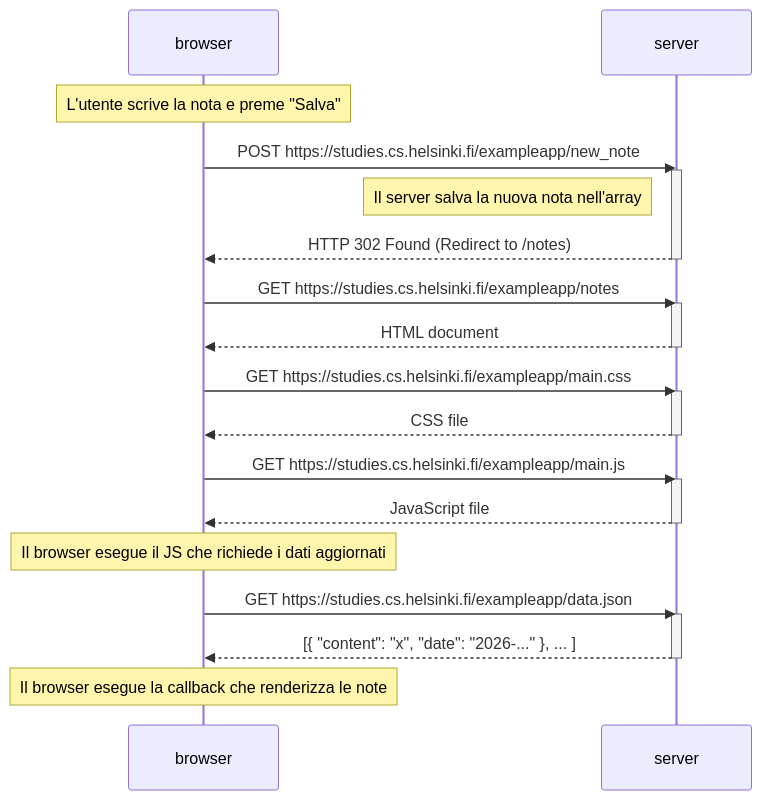
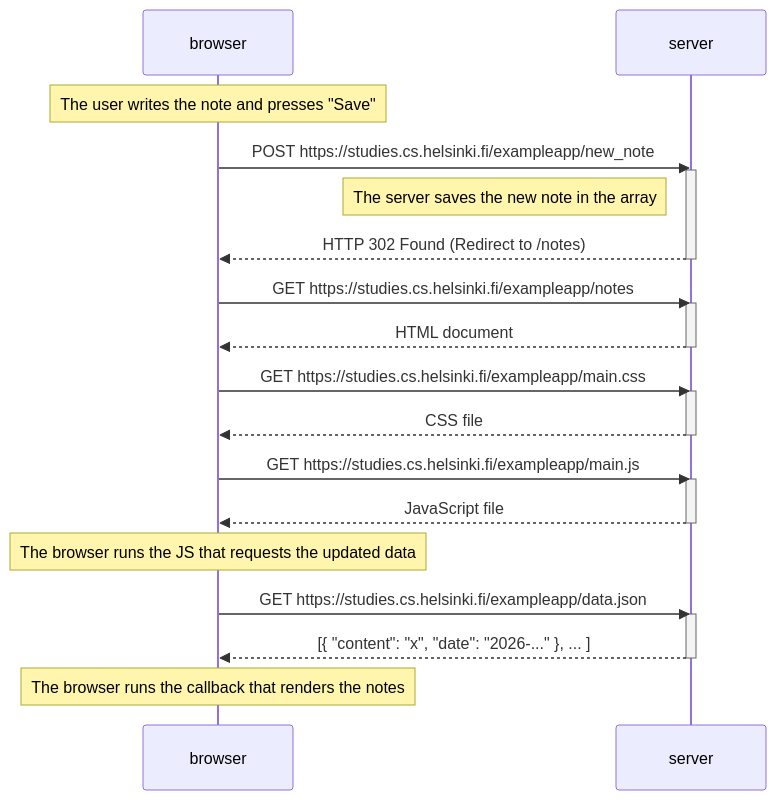
Before and after one commit to p3pp304/fso-course-helsinki-university: the diagram in part_0/0.4_notediagram/notediagram.md, drawn with Mermaid.

Commit message:
Translate notes in notediagram.md to English

````diff
--- a/part_0/0.4_notediagram/notediagram.md
+++ b/part_0/0.4_notediagram/notediagram.md
@@ -1,37 +1,37 @@
 ```mermaid
 sequenceDiagram
     participant browser
     participant server
 
-    Note over browser: L'utente scrive la nota e preme "Salva"
+    Note over browser: The user writes the note and presses "Save"
 
     browser->>server: POST https://studies.cs.helsinki.fi/exampleapp/new_note
     activate server
-    Note left of server: Il server salva la nuova nota nell'array
+    Note left of server: The server saves the new note in the array
     server-->>browser: HTTP 302 Found (Redirect to /notes)
     deactivate server
 
     browser->>server: GET https://studies.cs.helsinki.fi/exampleapp/notes
     activate server
     server-->>browser: HTML document
     deactivate server
 
     browser->>server: GET https://studies.cs.helsinki.fi/exampleapp/main.css
     activate server
     server-->>browser: CSS file
     deactivate server
 
     browser->>server: GET https://studies.cs.helsinki.fi/exampleapp/main.js
     activate server
     server-->>browser: JavaScript file
     deactivate server
 
-    Note over browser: Il browser esegue il JS che richiede i dati aggiornati
+    Note over browser: The browser runs the JS that requests the updated data
 
     browser->>server: GET https://studies.cs.helsinki.fi/exampleapp/data.json
     activate server
     server-->>browser: [{ "content": "x", "date": "2026-..." }, ... ]
     deactivate server
 
-    Note over browser: Il browser esegue la callback che renderizza le note
+    Note over browser: The browser runs the callback that renders the notes
 ```
````
